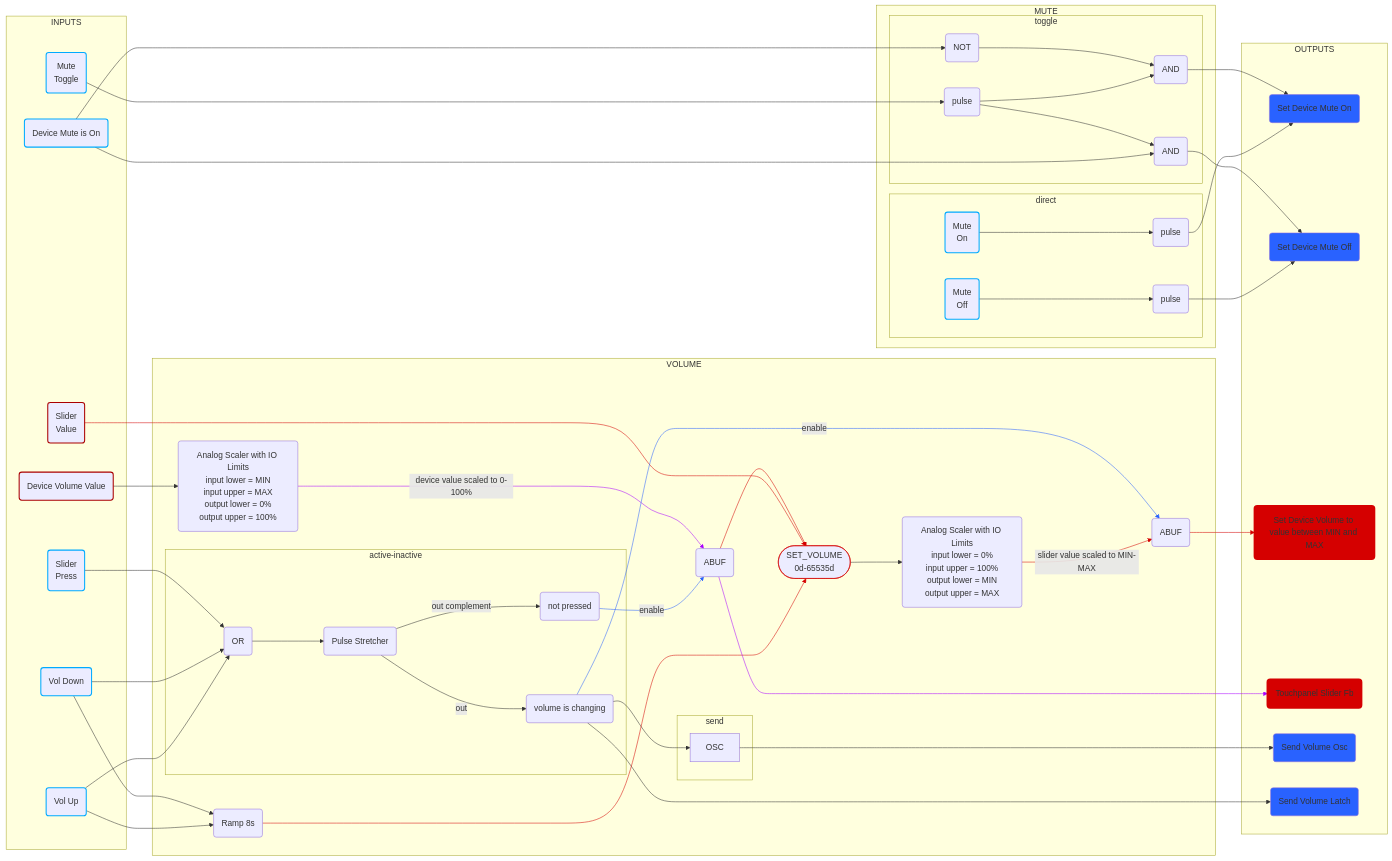
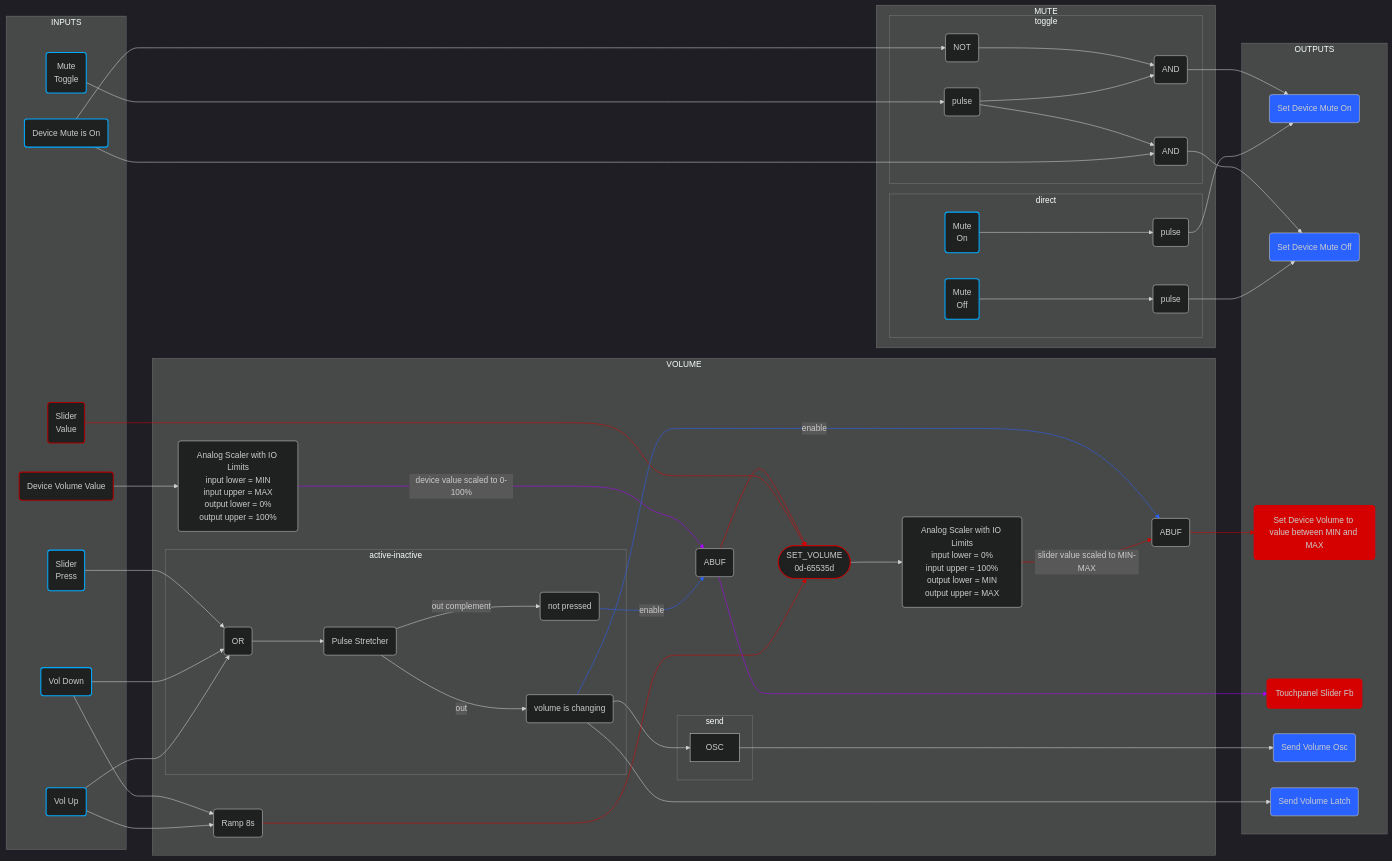
The diagram in Logic/crestrondevicevolume.md (MSH-SLZ/Programming-Standards-and-Logic), drawn with Mermaid before and after one commit. The commit also changed 1 other file, not shown here.

````diff
--- a/Logic/crestrondevicevolume.md
+++ b/Logic/crestrondevicevolume.md
@@ -4,4 +4,5 @@
 ```mermaid
+%%{init:{"theme":"dark","curve":"linear","rightAngles":true}}%%
 flowchart LR
  subgraph INPUTS["INPUTS"]
         DM("Device Mute is On")
````
